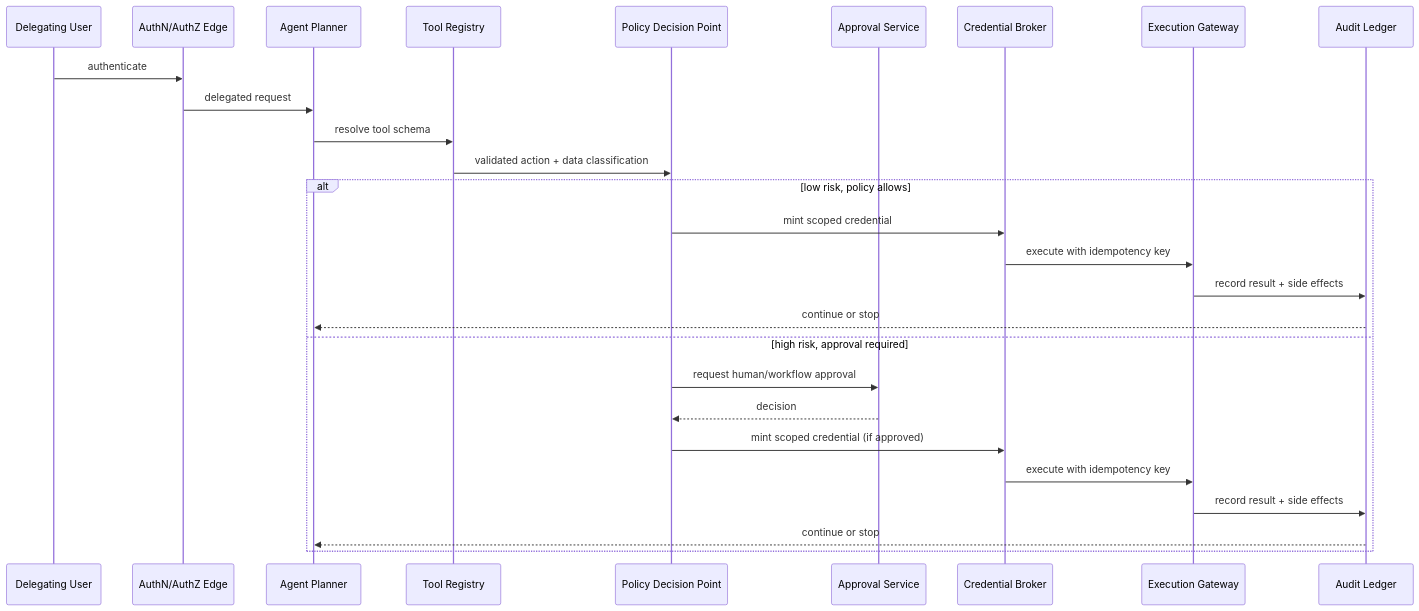
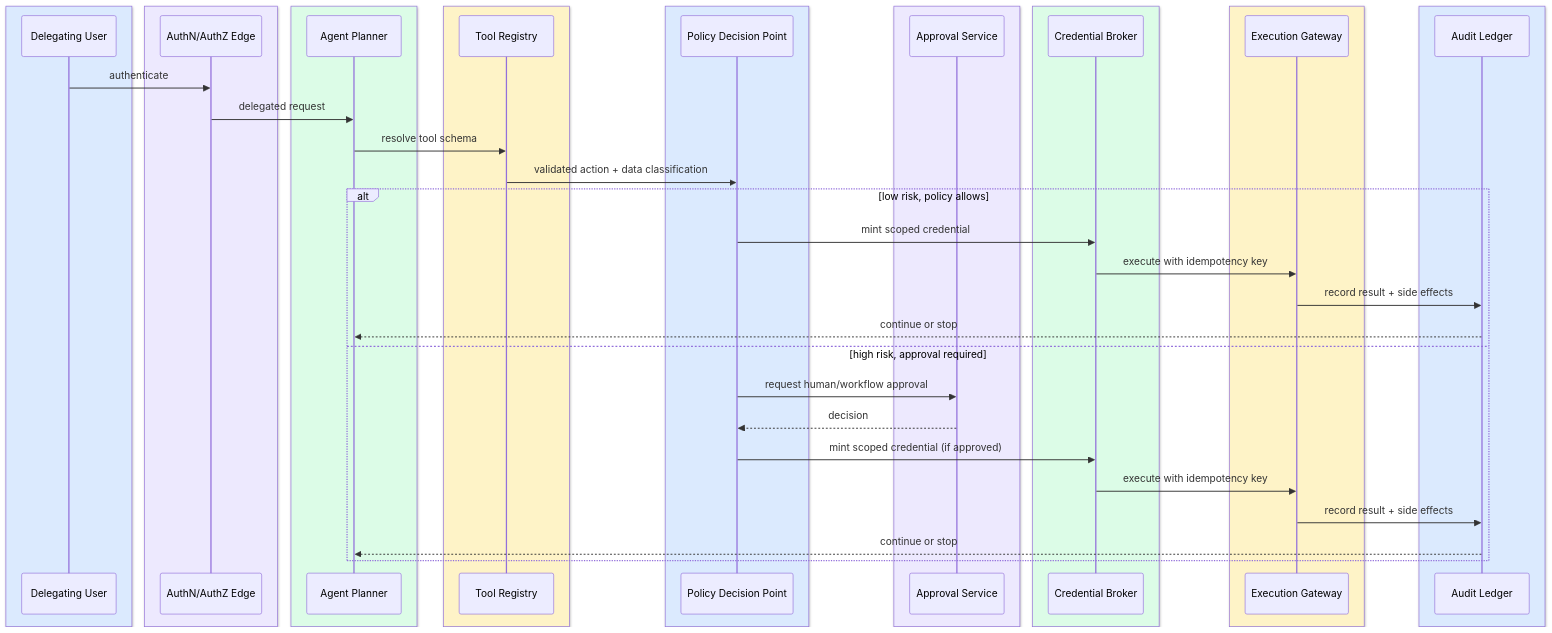
Before and after one commit to Sourav692/Forward-Deployed-Engineer-Interview-Prep: the fourth of 6 diagrams in site/content/modules/15-fde-case-studies/agents-that-act/tool-using-agent-with-safety-controls/full-pack-part-2.md, drawn with Mermaid. The commit also changed other lines of this file and 1268 other files, not shown here.

Commit message:
content: polish casebook prose and colour Mermaid diagrams

````diff
--- a/site/content/modules/15-fde-case-studies/agents-that-act/tool-using-agent-with-safety-controls/full-pack-part-2.md
+++ b/site/content/modules/15-fde-case-studies/agents-that-act/tool-using-agent-with-safety-controls/full-pack-part-2.md
@@ -92,29 +152,47 @@
 ```mermaid
 sequenceDiagram
-  participant User as Delegating User
-  participant Edge as AuthN/AuthZ Edge
-  participant Planner as Agent Planner
-  participant Registry as Tool Registry
-  participant PDP as Policy Decision Point
-  participant Approval as Approval Service
-  participant Broker as Credential Broker
-  participant Gateway as Execution Gateway
-  participant Ledger as Audit Ledger
+  box rgb(219,234,254)
+      participant User as Delegating User
+  end
+  box rgb(237,233,254)
+      participant Edge as AuthN/AuthZ Edge
+  end
+  box rgb(220,252,231)
+      participant Planner as Agent Planner
+  end
+  box rgb(254,243,199)
+      participant Registry as Tool Registry
+  end
+  box rgb(219,234,254)
+      participant PDP as Policy Decision Point
+  end
+  box rgb(237,233,254)
+      participant Approval as Approval Service
+  end
+  box rgb(220,252,231)
+      participant Broker as Credential Broker
+  end
+  box rgb(254,243,199)
+      participant Gateway as Execution Gateway
+  end
+  box rgb(219,234,254)
+      participant Ledger as Audit Ledger
+  end
   User->>Edge: authenticate
   Edge->>Planner: delegated request
   Planner->>Registry: resolve tool schema
   Registry->>PDP: validated action + data classification
   alt low risk, policy allows
     PDP->>Broker: mint scoped credential
     Broker->>Gateway: execute with idempotency key
     Gateway->>Ledger: record result + side effects
     Ledger-->>Planner: continue or stop
   else high risk, approval required
     PDP->>Approval: request human/workflow approval
     Approval-->>PDP: decision
     PDP->>Broker: mint scoped credential (if approved)
     Broker->>Gateway: execute with idempotency key
     Gateway->>Ledger: record result + side effects
     Ledger-->>Planner: continue or stop
   end
 ```
````
